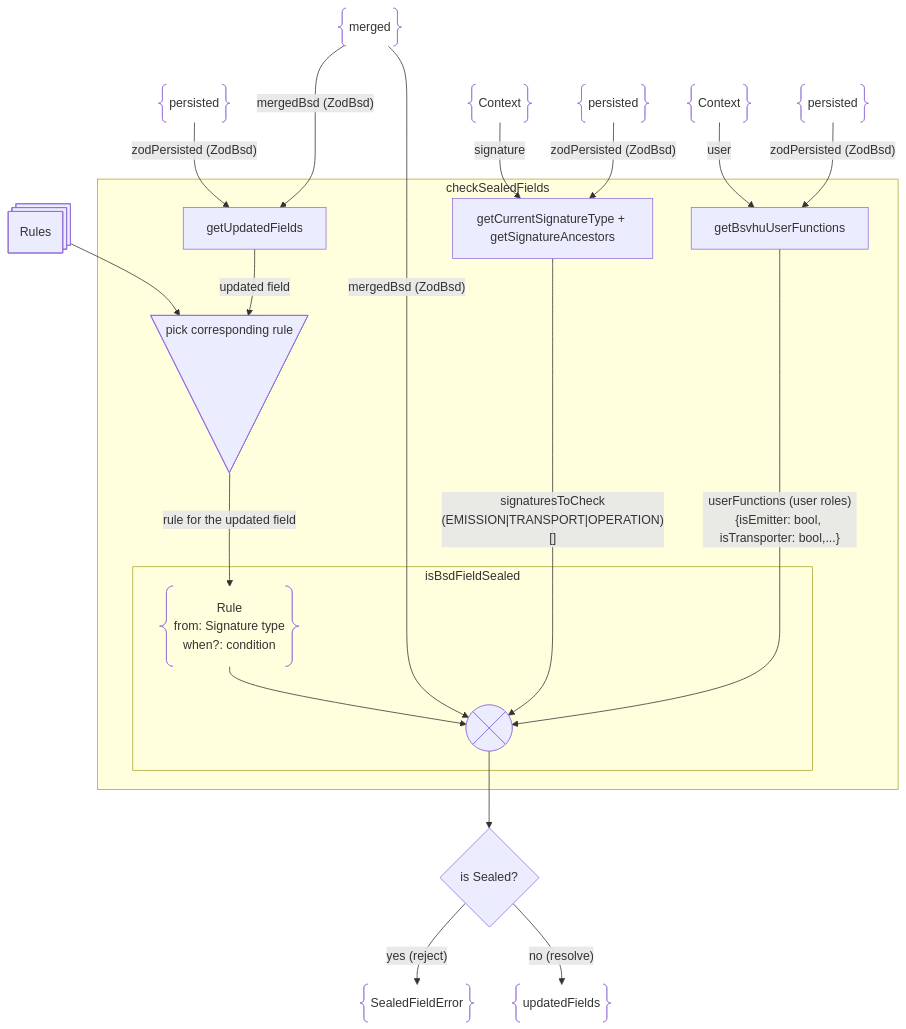
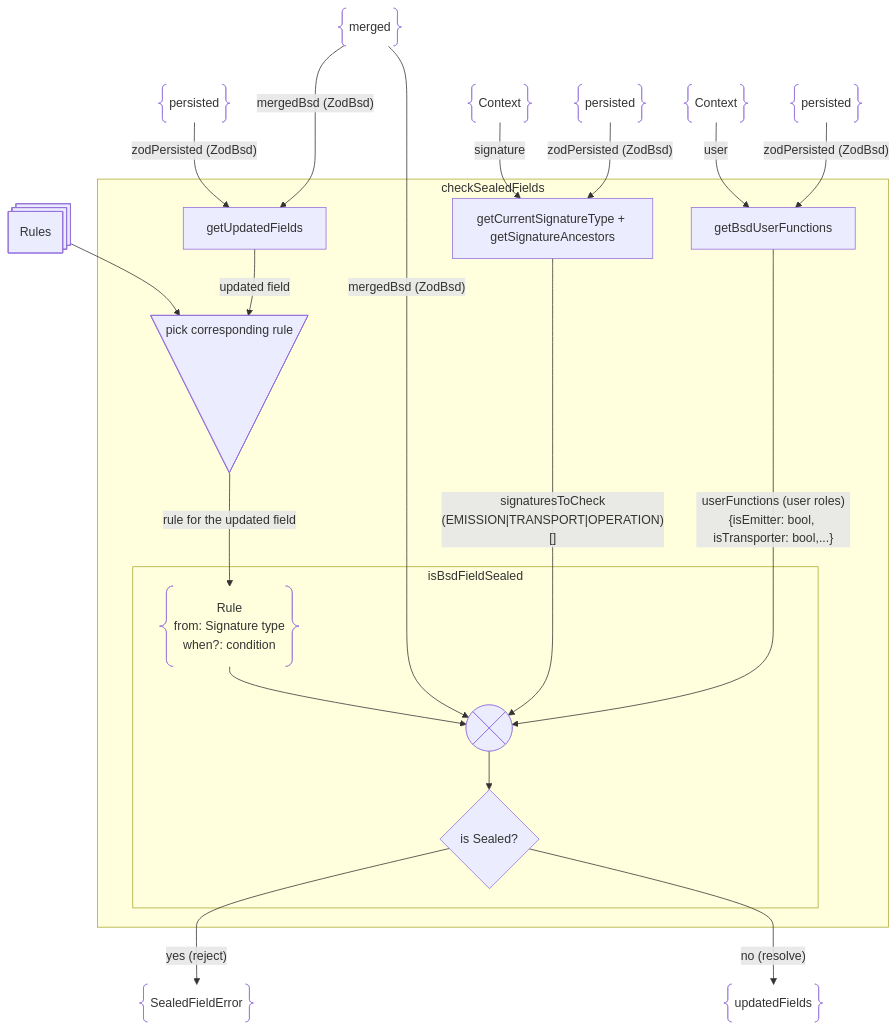
The second of 2 diagrams in docs/ZodValidation.md (MTES-MCT/trackdechets), drawn with Mermaid before and after one commit. The commit also changed other lines of this file, not shown here.

Commit message:
docs(Zod): continue docs

````diff
--- a/docs/ZodValidation.md
+++ b/docs/ZodValidation.md
@@ -35,31 +101,32 @@
 ```mermaid
 flowchart TD
 
   subgraph checkSealedFields["checkSealedFields"]
     getUpdatedFields["getUpdatedFields"]
     pickRule@{ shape: flip-tri, label: "pick corresponding rule" }
     getCurrentSignatureType@{shape: rect, label: "getCurrentSignatureType + getSignatureAncestors"}
-    getBsvhuUserFunctions@{shape: rect, label: "getBsvhuUserFunctions"}
+    getBsdUserFunctions@{shape: rect, label: "getBsdUserFunctions"}
     subgraph isBsdFieldSealed["isBsdFieldSealed"]
       rule@{ shape: braces, label: "Rule\nfrom: Signature type\nwhen?: condition" }
       check@{shape: cross-circ}
+      G{is Sealed?}
     end
   end
   context@{ shape: braces, label: "Context" } -->|signature| getCurrentSignatureType
-  context2@{ shape: braces, label: "Context" } -->|user| getBsvhuUserFunctions
+  context2@{ shape: braces, label: "Context" } -->|user| getBsdUserFunctions
   zodPersisted@{ shape: braces, label: "persisted" } -->|"zodPersisted (ZodBsd)"| getUpdatedFields
   zodPersisted2@{ shape: braces, label: "persisted" } -->|"zodPersisted (ZodBsd)"| getCurrentSignatureType
-  zodPersisted3@{ shape: braces, label: "persisted" } -->|"zodPersisted (ZodBsd)"| getBsvhuUserFunctions
+  zodPersisted3@{ shape: braces, label: "persisted" } -->|"zodPersisted (ZodBsd)"| getBsdUserFunctions
   mergedBsd@{ shape: braces, label: "merged" } --->|"mergedBsd (ZodBsd)"| getUpdatedFields
   rules@{ shape: processes, label: "Rules" } --> pickRule
   getUpdatedFields -->|updated field| pickRule
   rule --> check
   mergedBsd@{ shape: braces, label: "merged" } -->|"mergedBsd (ZodBsd)"| check
   getCurrentSignatureType ---->|"signaturesToCheck<br>(EMISSION|TRANSPORT|OPERATION)[]"| check
-  getBsvhuUserFunctions ----> |"userFunctions (user roles)<br>{isEmitter: bool, isTransporter: bool,...}"| check
+  getBsdUserFunctions ----> |"userFunctions (user roles)<br>{isEmitter: bool, isTransporter: bool,...}"| check
   pickRule -->|rule for the updated field| rule
 
-  check --> G{is Sealed?}
+  check --> G
   G -->|"yes (reject)"| errors@{ shape: braces, label: "SealedFieldError" }
   G -->|"no (resolve)"| updatedFields@{ shape: braces, label: "updatedFields" }
 ```
````
